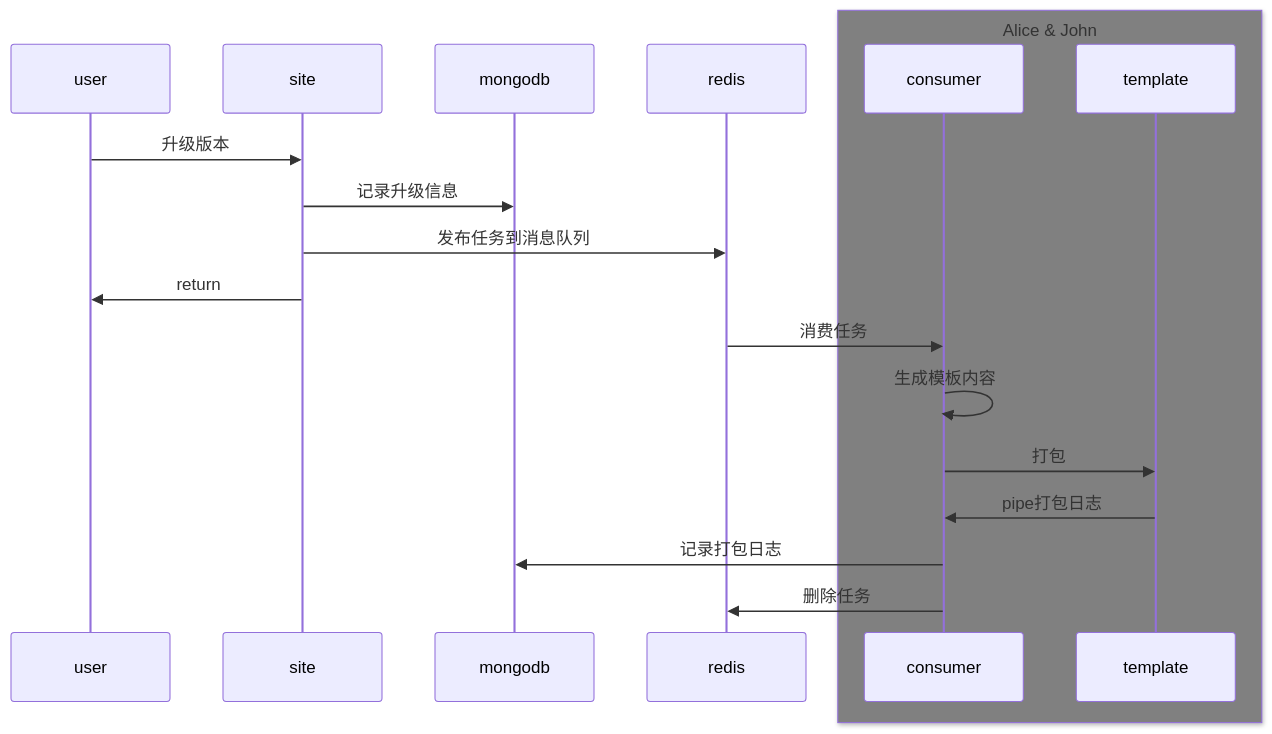
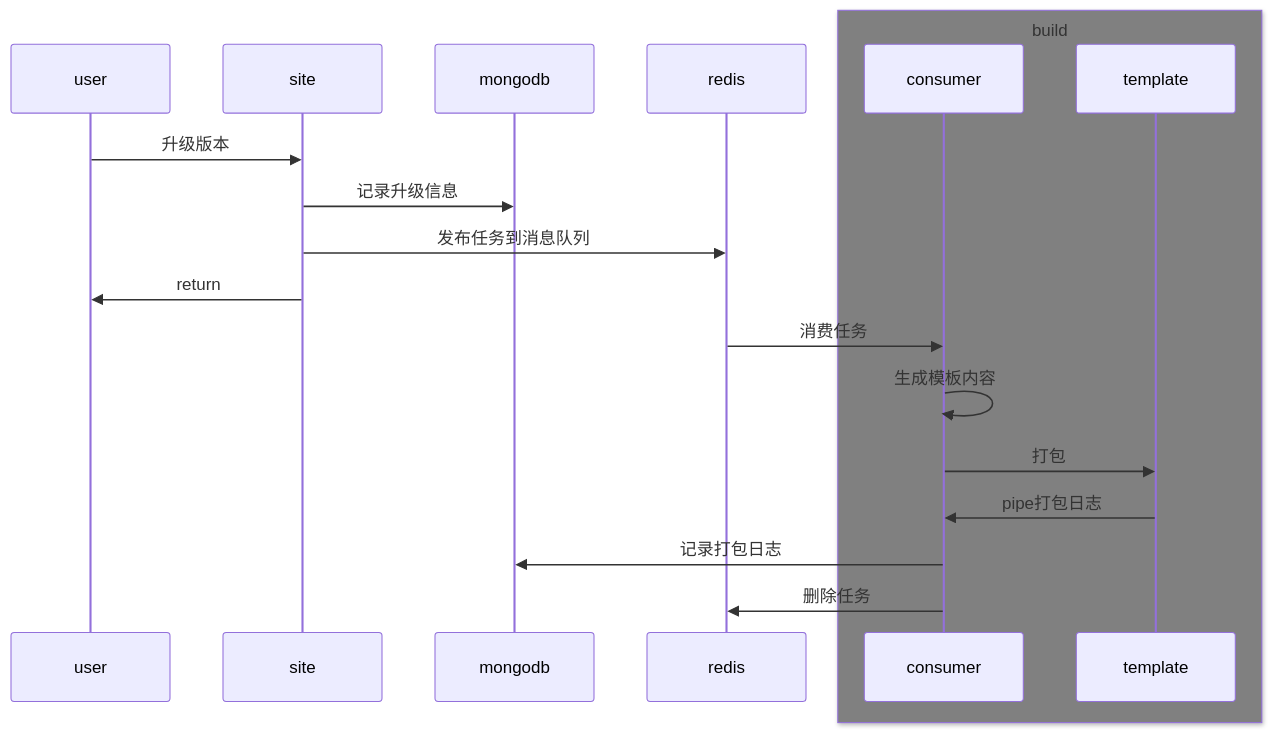
The diagram in README.md (ShueyYuen/icon-pack), drawn with Mermaid before and after one commit. The commit also changed other lines of this file and 30 other files, not shown here.

````diff
--- a/README.md
+++ b/README.md
@@ -66,22 +76,22 @@
 ```mermaid
 sequenceDiagram
     participant user
     participant site
     participant mongodb
     participant redis
-    box Gray Alice & John
+    box Gray build
       participant consumer
       participant template
     end
 
     user ->> site: 升级版本
     site ->> mongodb: 记录升级信息
     site ->> redis: 发布任务到消息队列
     site ->> user: return
     redis ->> consumer: 消费任务
     consumer ->> consumer: 生成模板内容
     consumer ->> template: 打包
     template ->> consumer: pipe打包日志
     consumer ->> mongodb: 记录打包日志
     consumer ->> redis: 删除任务
 ```
````
